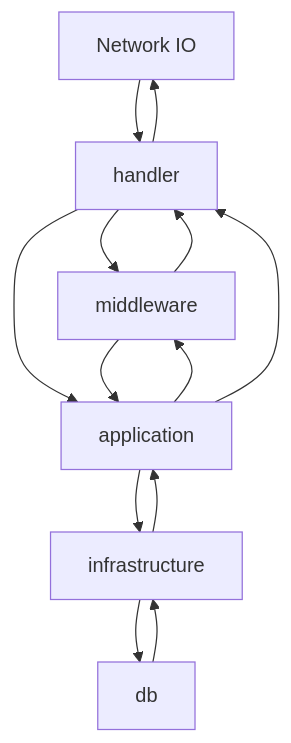
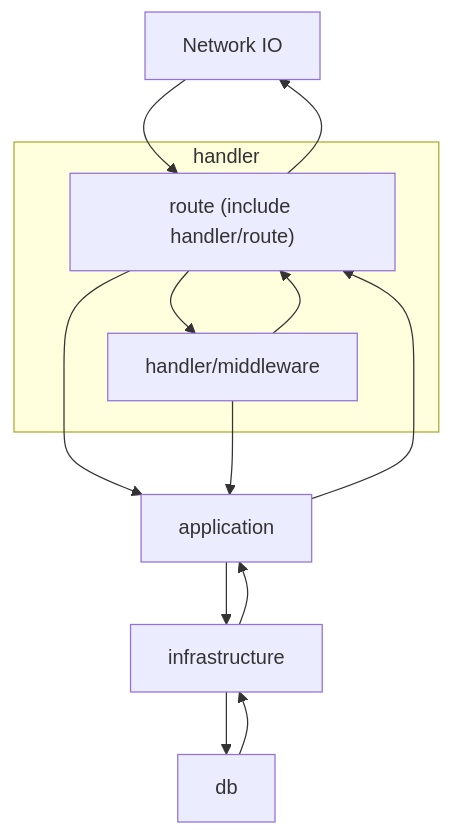
The second of 2 diagrams in products/backend/README.md (Myxogastria0808/debt-manager), drawn with Mermaid before and after one commit. The commit also changed other lines of this file and 3 other files, not shown here.

````diff
--- a/products/backend/README.md
+++ b/products/backend/README.md
@@ -73,22 +73,26 @@
 ```mermaid
 flowchart TD
     io[Network IO]
-    handler["handler"]
-    middleware["middleware"]
+    route["route (include handler/route)"]
+    middleware["handler/middleware"]
     application["application"]
     infrastructure["infrastructure"]
     db["db"]
 
-    io --> handler
-    handler --> middleware
-    handler --> application
+    subgraph handler
+        route
+        middleware
+    end
+
+    io --> route
+    route --> io
+    route --> middleware
+    middleware --> route
+    route --> application
+    application --> route
     middleware --> application
     application --> infrastructure
+    infrastructure --> application
     infrastructure --> db
     db --> infrastructure
-    infrastructure --> application
-    application --> middleware
-    application --> handler
-    middleware --> handler
-    handler --> io
 ```
````
